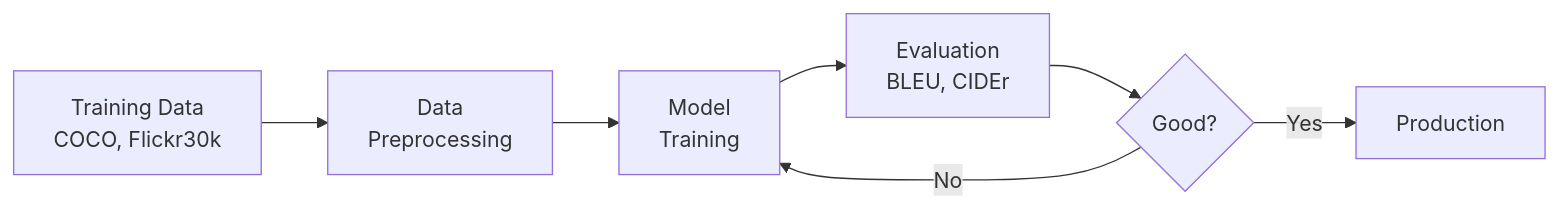
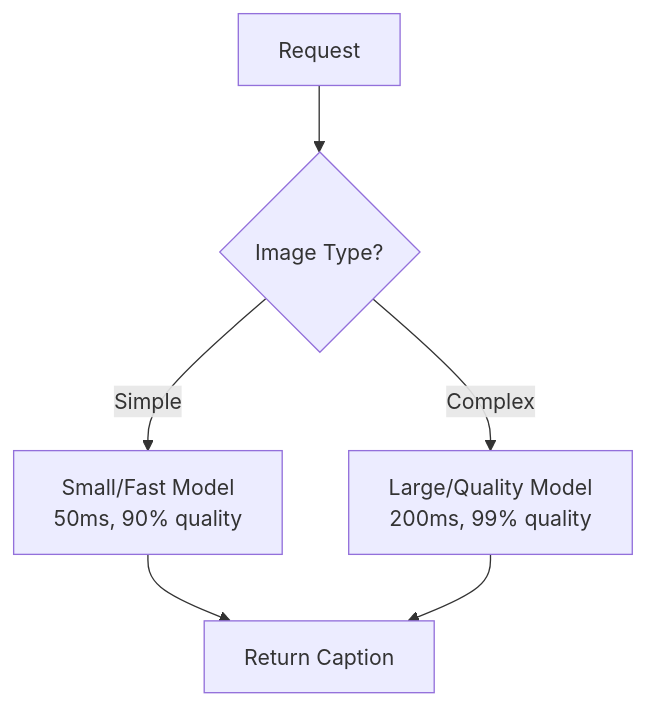
The fourth of 6 diagrams in ml_system_design/image_caption_generator.md (spawn08/system-design-interview), drawn with Mermaid before and after one commit. The commit also changed other lines of this file and 2 other files, not shown here.

Commit message:
Revise image caption generator documentation to enhance clarity and detail. Update examples, real-world applications, and system design considerations. Improve structure and readability, ensuring comprehensive coverage of key concepts in image captioning systems.

````diff
--- a/ml_system_design/image_caption_generator.md
+++ b/ml_system_design/image_caption_generator.md
@@ -376,9 +760,10 @@
 ```mermaid
-flowchart LR
-    Data[Training Data<br/>COCO, Flickr30k] --> Preprocess[Data<br/>Preprocessing]
-    Preprocess --> Train[Model<br/>Training]
-    Train --> Evaluate[Evaluation<br/>BLEU, CIDEr]
-    Evaluate --> Deploy{Good?}
-    Deploy -->|Yes| Prod[Production]
-    Deploy -->|No| Train
+flowchart TD
+    Request[Request] --> Classify{Image Type?}
+    
+    Classify -->|Simple| Fast[Small/Fast Model<br/>50ms, 90% quality]
+    Classify -->|Complex| Quality[Large/Quality Model<br/>200ms, 99% quality]
+    
+    Fast --> Response[Return Caption]
+    Quality --> Response
 ```
````
